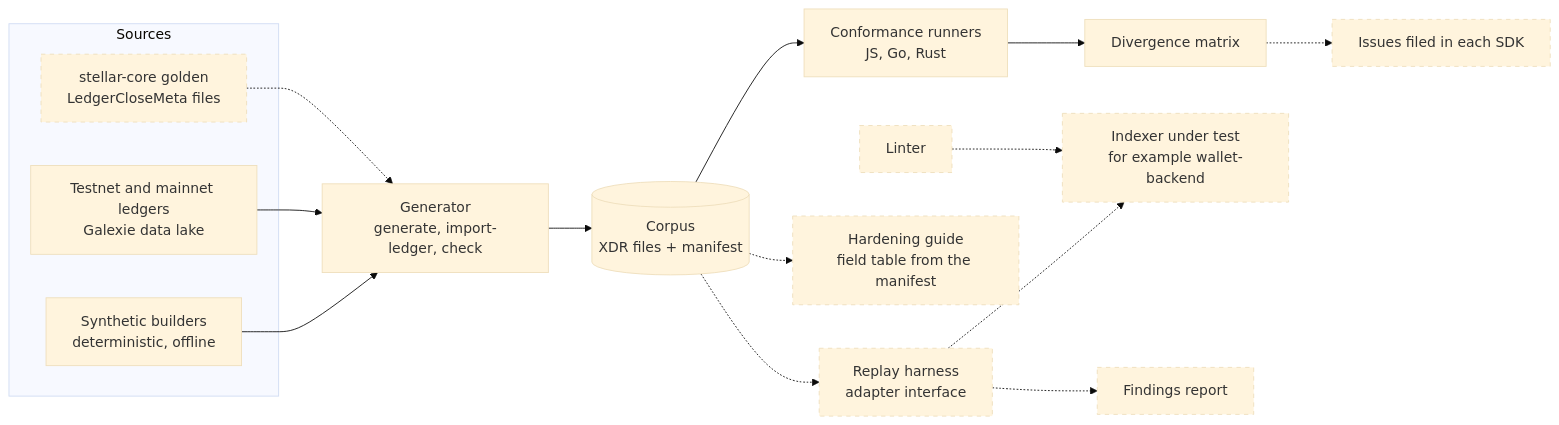
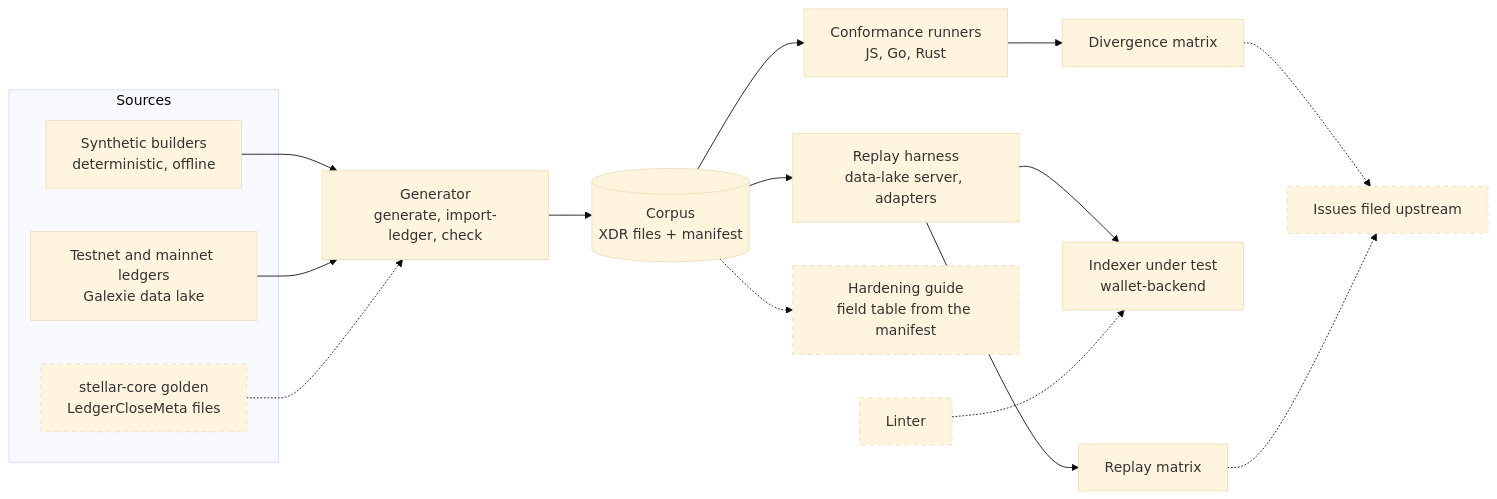
The diagram in README.md (big14way/stellar-xdr-corpus), drawn with Mermaid (base theme) before and after one commit. The commit also changed other lines of this file and 3 other files, not shown here.

Commit message:
Add the replay matrix and document the harness

````diff
--- a/README.md
+++ b/README.md
@@ -26,29 +42,30 @@
 ```mermaid
 flowchart LR
   subgraph Sources
     S1[Synthetic builders<br/>deterministic, offline]
     S2[Testnet and mainnet ledgers<br/>Galexie data lake]
     S3[stellar-core golden<br/>LedgerCloseMeta files]:::planned
   end
 
   G[Generator<br/>generate, import-ledger, check]
   C[(Corpus<br/>XDR files + manifest)]
 
   S1 --> G
   S2 --> G
   S3 -.-> G
   G --> C
 
   C --> R[Conformance runners<br/>JS, Go, Rust]
   R --> M[Divergence matrix]
-  M -.-> I[Issues filed in each SDK]:::planned
+  M -.-> I[Issues filed upstream]:::planned
 
-  C -.-> H[Replay harness<br/>adapter interface]:::planned
-  H -.-> X[Indexer under test<br/>for example wallet-backend]:::planned
-  H -.-> F[Findings report]:::planned
+  C --> H[Replay harness<br/>data-lake server, adapters]
+  H --> X[Indexer under test<br/>wallet-backend]
+  H --> F[Replay matrix]
+  F -.-> I
 
   C -.-> D[Hardening guide<br/>field table from the manifest]:::planned
   L[Linter]:::planned -.-> X
 
   classDef planned stroke-dasharray: 5 5
 ```
````
